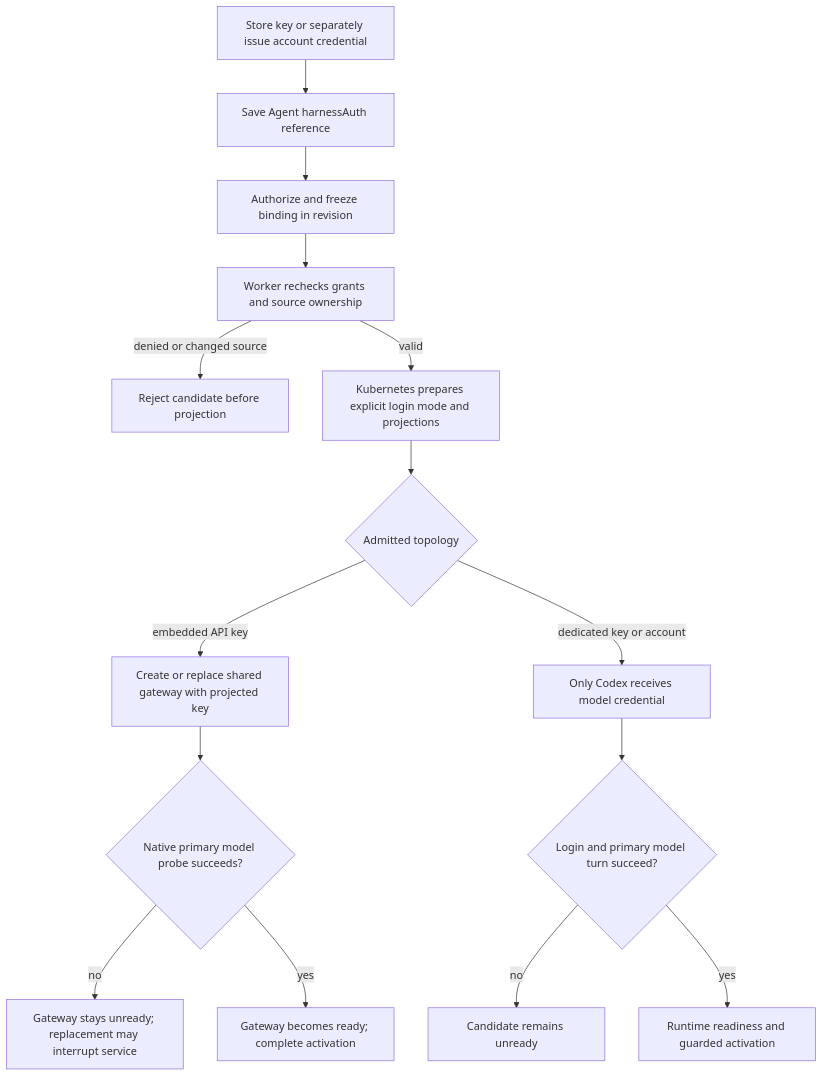
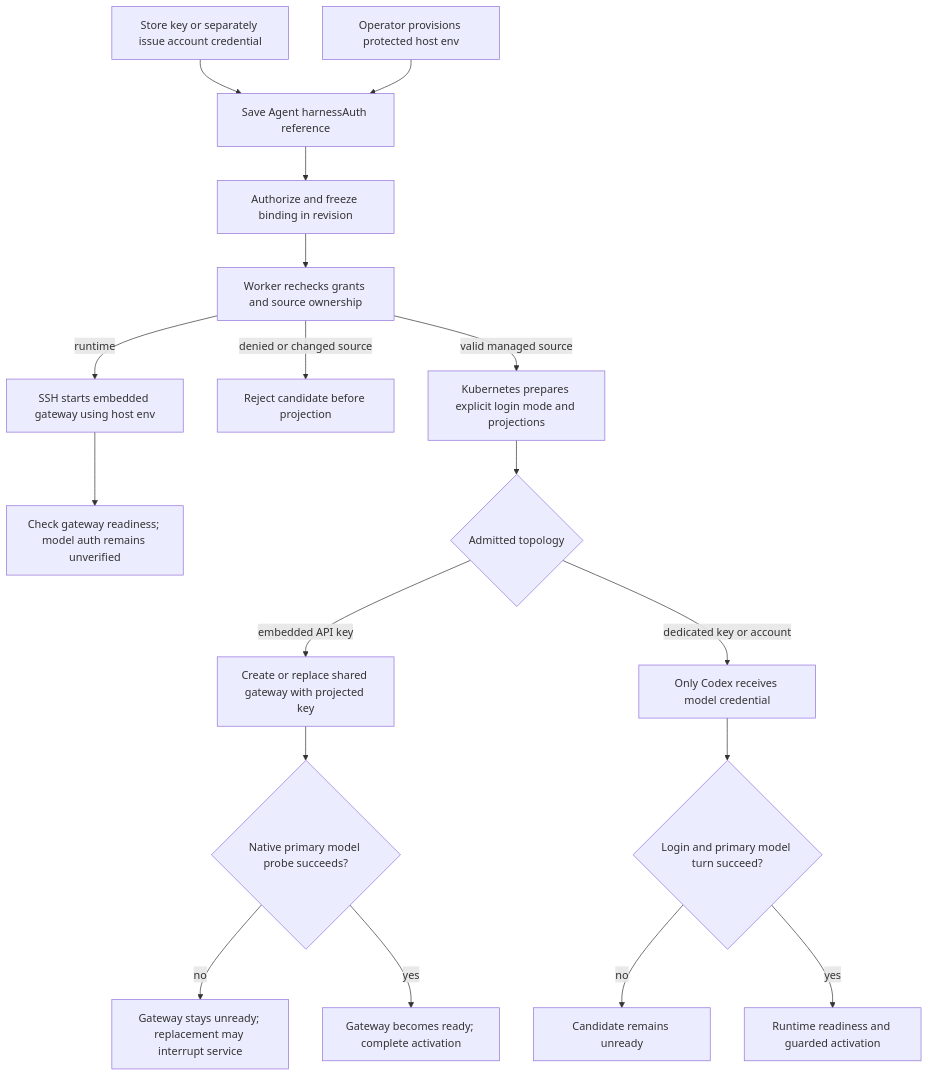
The diagram in docs/flows/native-service-account-credential-delivery.md (IsaiahStapleton/openclaw-enterprise), drawn with Mermaid before and after one commit. The commit also changed other lines of this file and 31 other files, not shown here.

Commit message:
feat(auth): support operator-managed runtime credentials on SSH

````diff
--- a/docs/flows/native-service-account-credential-delivery.md
+++ b/docs/flows/native-service-account-credential-delivery.md
@@ -31,17 +33,20 @@
 ```mermaid
 graph TD
   A["Store key or separately issue account credential"] --> B["Save Agent harnessAuth reference"]
+  R["Operator provisions protected host env"] --> B
+  D -->|runtime| S["SSH starts embedded gateway using host env"]
+  S --> T["Check gateway readiness; model auth remains unverified"]
   B --> C["Authorize and freeze binding in revision"]
   C --> D["Worker rechecks grants and source ownership"]
   D -->|denied or changed source| E["Reject candidate before projection"]
-  D -->|valid| F["Kubernetes prepares explicit login mode and projections"]
+  D -->|valid managed source| F["Kubernetes prepares explicit login mode and projections"]
   F --> G{"Admitted topology"}
   G -->|embedded API key| H["Create or replace shared gateway with projected key"]
   G -->|dedicated key or account| I["Only Codex receives model credential"]
   I --> J{"Login and primary model turn succeed?"}
   J -->|no| K["Candidate remains unready"]
   J -->|yes| L["Runtime readiness and guarded activation"]
   H --> M{"Native primary model probe succeeds?"}
   M -->|no| N["Gateway stays unready; replacement may interrupt service"]
   M -->|yes| O["Gateway becomes ready; complete activation"]
 ```
````
